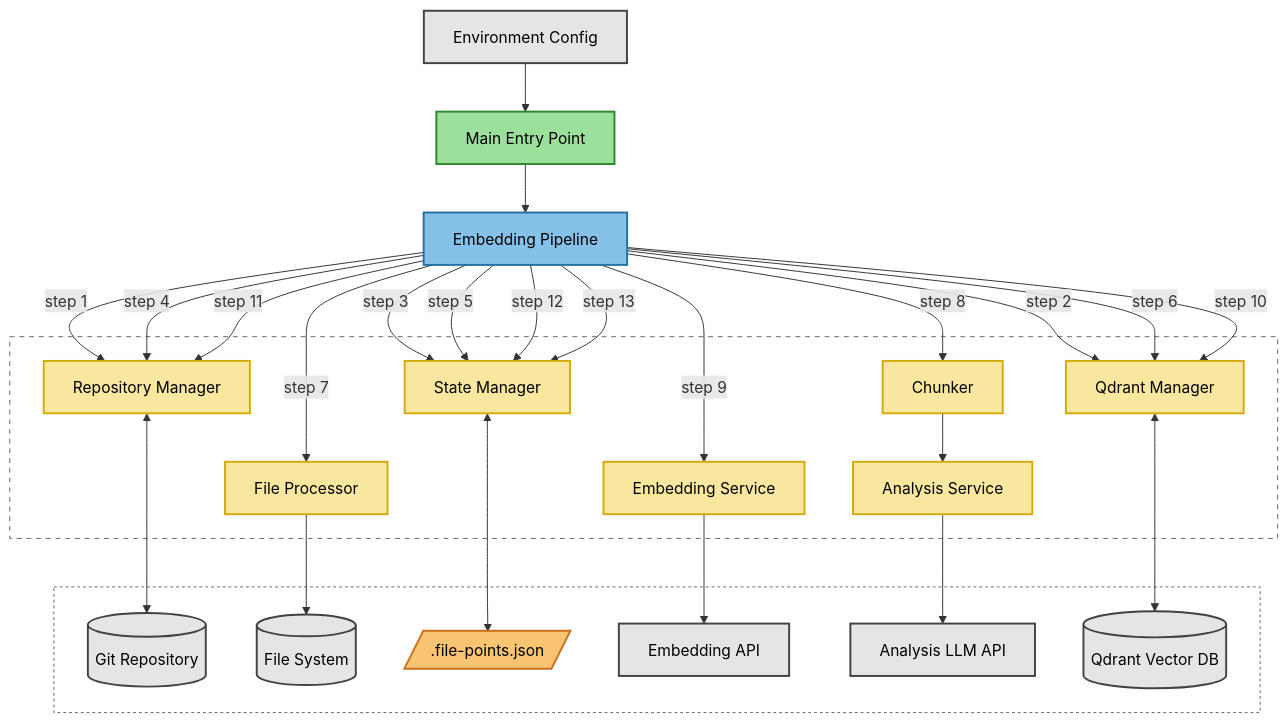
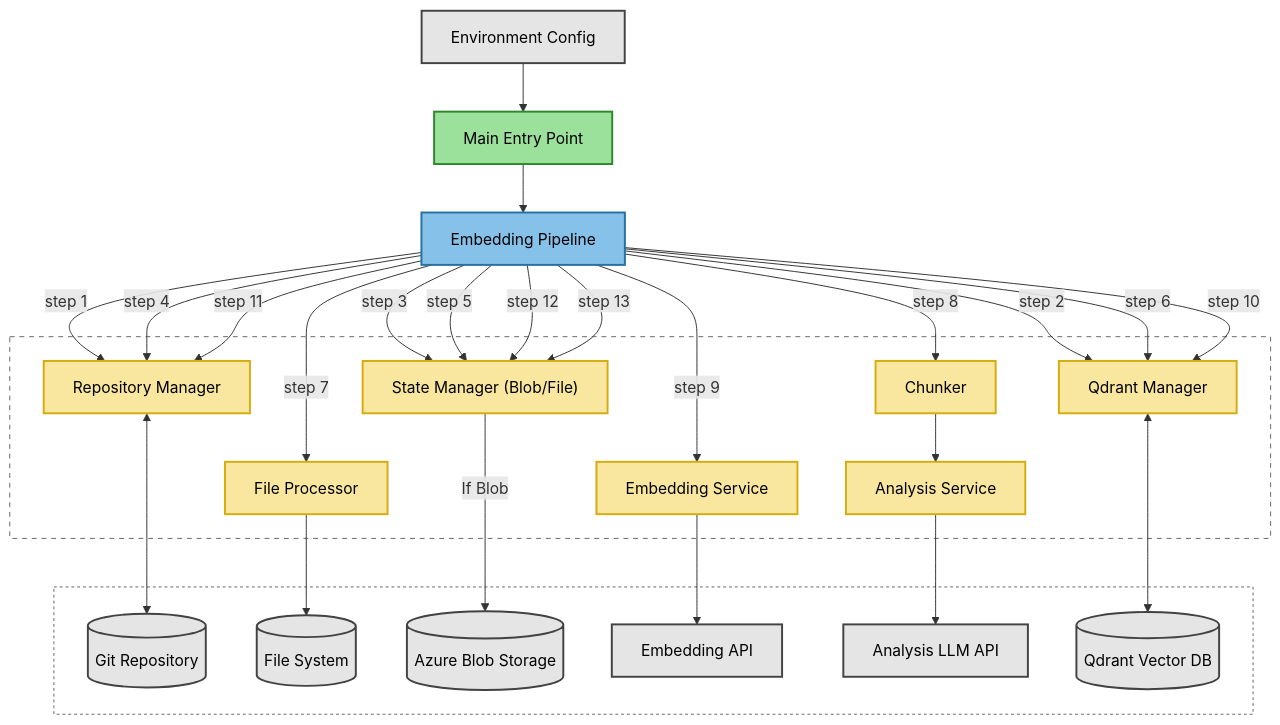
Before and after one commit to mark-hingston/embedder: the diagram in README.md, drawn with Mermaid. The commit also changed other lines of this file and 13 other files, not shown here.

````diff
--- a/README.md
+++ b/README.md
@@ -34,66 +36,66 @@
 ```mermaid
 flowchart TB
     %% Define Styles with higher contrast and simpler look
     classDef init fill:#9BE09B,stroke:#2D882D,stroke-width:2px,color:#000,rounded:true;
     classDef orchestrator fill:#85C1E9,stroke:#2471A3,stroke-width:2px,color:#000,rounded:true;
     classDef component fill:#F9E79F,stroke:#D4AC0D,stroke-width:2px,color:#000,rounded:true;
     classDef external fill:#E5E5E5,stroke:#424242,stroke-width:2px,color:#000,rounded:true;
     classDef data fill:#F8C471,stroke:#CA6F1E,stroke-width:2px,color:#000,rounded:true;
 
     %% Main Entry Point
     main["Main Entry Point"]:::init
     env["Environment Config"]:::external
     
     %% Core Pipeline
     pipeline["Embedding Pipeline"]:::orchestrator
     
     %% Components Group - improved text contrast
     subgraph Components["<b>Core Components</b>"]
         repoMgr["Repository Manager"]:::component
-        stateMgr["State Manager"]:::component
+        stateMgr["State Manager (Blob/File)"]:::component
         fileProc["File Processor"]:::component
         chunker["Chunker"]:::component
         analysisSvc["Analysis Service"]:::component
         embedSvc["Embedding Service"]:::component
         qdrantMgr["Qdrant Manager"]:::component
     end
     style Components fill:none,stroke-dasharray:5 5,stroke:#666,color:white
     
     %% External Systems Group - improved text contrast
     subgraph External["<b>External Systems & Data</b>"]
         gitRepo[(Git Repository)]:::external
         fs[(File System)]:::external
-        stateFile[/".file-points.json"/]:::data
+        azureBlob[(Azure Blob Storage)]:::external
         embedApi["Embedding API"]:::external
         llmApi["Analysis LLM API"]:::external
         qdrantDb[(Qdrant Vector DB)]:::external
     end
     style External fill:none,stroke-dasharray:3 3,stroke:#666,color:white
     
     %% Core Flow - centrally balanced
     env --> main --> pipeline
     
     %% Component to External connections
     repoMgr <--> gitRepo
-    stateMgr <--> stateFile
+    stateMgr -- "If Blob" --> azureBlob
     fileProc --> fs
     chunker --> analysisSvc
     analysisSvc --> llmApi
     embedSvc --> embedApi
     qdrantMgr <--> qdrantDb
     
     %% Pipeline process flow with simplified step labels - removed any disconnected arrows
     pipeline --> |"step 1"|repoMgr
     pipeline --> |"step 2"|qdrantMgr
     pipeline --> |"step 3"|stateMgr
     pipeline --> |"step 4"|repoMgr
     pipeline --> |"step 5"|stateMgr
     pipeline --> |"step 6"|qdrantMgr
     pipeline --> |"step 7"|fileProc
     pipeline --> |"step 8"|chunker
     pipeline --> |"step 9"|embedSvc
     pipeline --> |"step 10"|qdrantMgr
     pipeline --> |"step 11"|repoMgr
     pipeline --> |"step 12"|stateMgr
     pipeline --> |"step 13"|stateMgr
 ```
````
